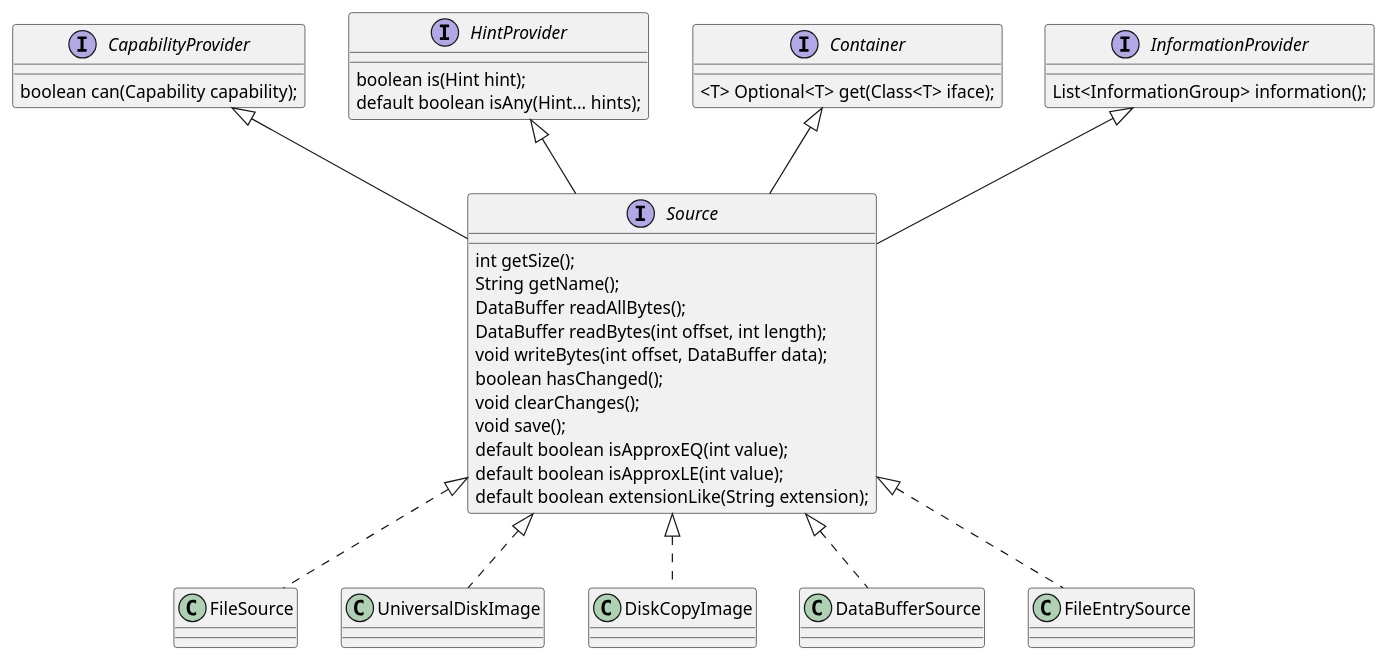
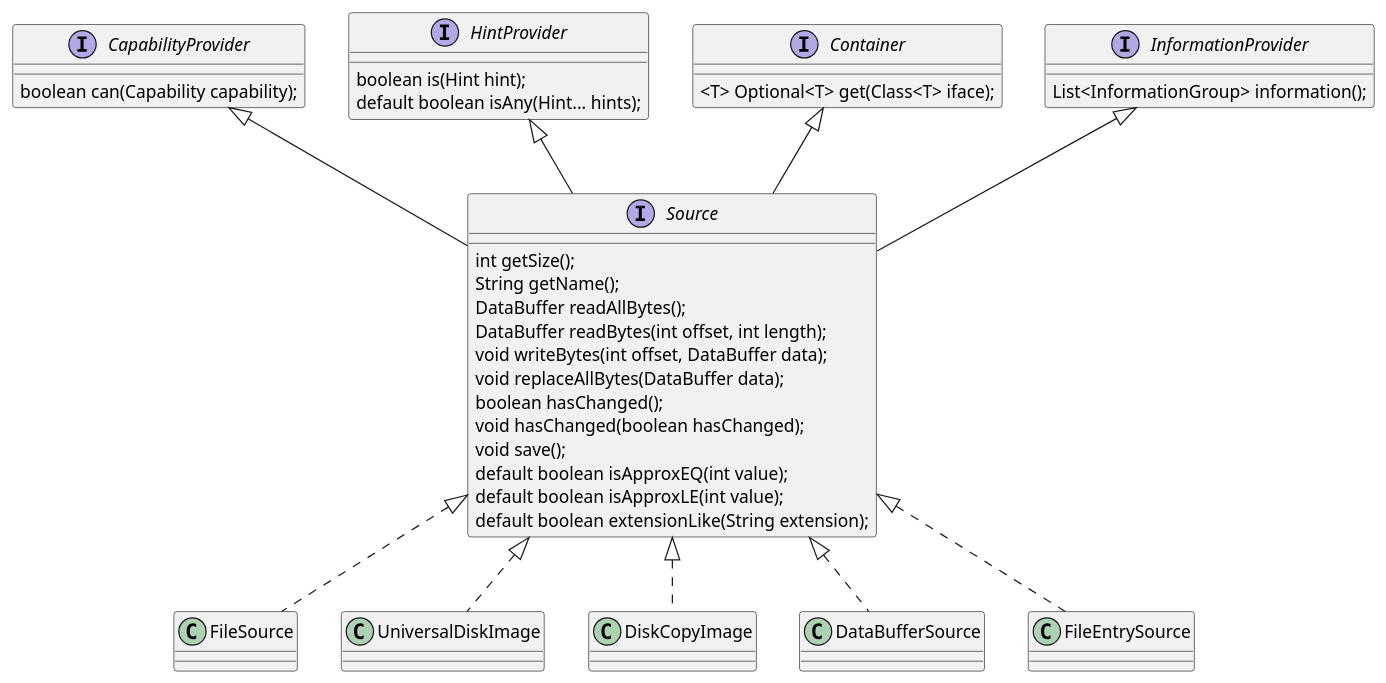
One commit to AppleCommander/applecommander.github.io changed the first of 3 diagrams in docs/dev-notes/redesign.md. Above: the diagram before and after it, drawn with PlantUML. The commit also changed other lines of this file and 2 other files, not shown here.

````diff
--- a/docs/dev-notes/redesign.md
+++ b/docs/dev-notes/redesign.md
@@ -64,40 +72,41 @@
 ```puml
 @startuml
 interface CapabilityProvider {
     boolean can(Capability capability);
 }
 interface HintProvider {
     boolean is(Hint hint);
     default boolean isAny(Hint... hints);
 }
 interface Container {
     <T> Optional<T> get(Class<T> iface);
 }
 interface InformationProvider {
     List<InformationGroup> information();
 }
 interface Source extends CapabilityProvider, HintProvider, Container, InformationProvider {
     int getSize();
     String getName();
     DataBuffer readAllBytes();
     DataBuffer readBytes(int offset, int length);
     void writeBytes(int offset, DataBuffer data);
+    void replaceAllBytes(DataBuffer data);
     boolean hasChanged();
-    void clearChanges();
+    void hasChanged(boolean hasChanged);
     void save();
     default boolean isApproxEQ(int value);
     default boolean isApproxLE(int value);
     default boolean extensionLike(String extension);
 }
 class FileSource implements Source {
 }
 class UniversalDiskImage implements Source {
 }
 class DiskCopyImage implements Source {
 }
 class DataBufferSource implements Source {
 }
 class FileEntrySource implements Source {
 }
 @enduml
 ```
````
